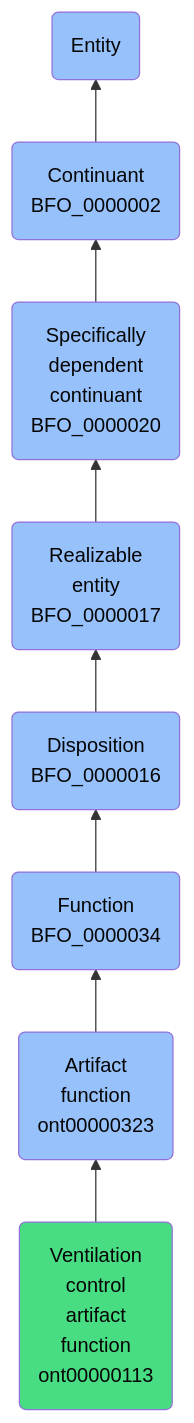
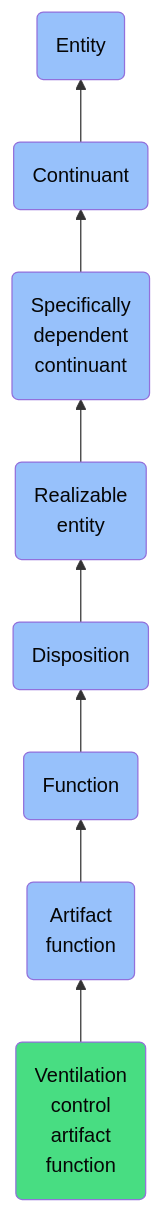
One commit to jupyter-naas/abi changed the diagram in docs/ontology/reference/model/Entity/Continuant/Specifically dependent continuant/Realizable entity/Disposition/Function/Artifact function/Ventilation control artifact function/Ventilation control artifact function.md. Above: the diagram before and after it, drawn with Mermaid. The commit also changed other lines of this file and 1430 other files, not shown here.

````diff
--- a/docs/ontology/reference/model/Entity/Continuant/Specifically dependent continuant/Realizable entity/Disposition/Function/Artifact function/Ventilation control artifact function/Ventilation control artifact function.md
+++ b/docs/ontology/reference/model/Entity/Continuant/Specifically dependent continuant/Realizable entity/Disposition/Function/Artifact function/Ventilation control artifact function/Ventilation control artifact function.md
@@ -24,15 +24,15 @@
 ```mermaid
 graph BT
-    ont00000113(Ventilation<br>control<br>artifact<br>function<br>ont00000113):::ABI-->ont00000323
-    ont00000323(Artifact<br>function<br>ont00000323):::BFO-->BFO_0000034
-    BFO_0000034(Function<br>BFO_0000034):::BFO-->BFO_0000016
-    BFO_0000016(Disposition<br>BFO_0000016):::BFO-->BFO_0000017
-    BFO_0000017(Realizable<br>entity<br>BFO_0000017):::BFO-->BFO_0000020
-    BFO_0000020(Specifically<br>dependent<br>continuant<br>BFO_0000020):::BFO-->BFO_0000002
-    BFO_0000002(Continuant<br>BFO_0000002):::BFO-->BFO_0000001
+    ont00000113(Ventilation<br>control<br>artifact<br>function):::ABI-->ont00000323
+    ont00000323(Artifact<br>function):::BFO-->BFO_0000034
+    BFO_0000034(Function):::BFO-->BFO_0000016
+    BFO_0000016(Disposition):::BFO-->BFO_0000017
+    BFO_0000017(Realizable<br>entity):::BFO-->BFO_0000020
+    BFO_0000020(Specifically<br>dependent<br>continuant):::BFO-->BFO_0000002
+    BFO_0000002(Continuant):::BFO-->BFO_0000001
     BFO_0000001(Entity):::BFO
     
     classDef BFO fill:#97c1fb,color:#060606
     classDef CCO fill:#e4c51e,color:#060606
     classDef ABI fill:#48DD82,color:#060606
 ```
````
